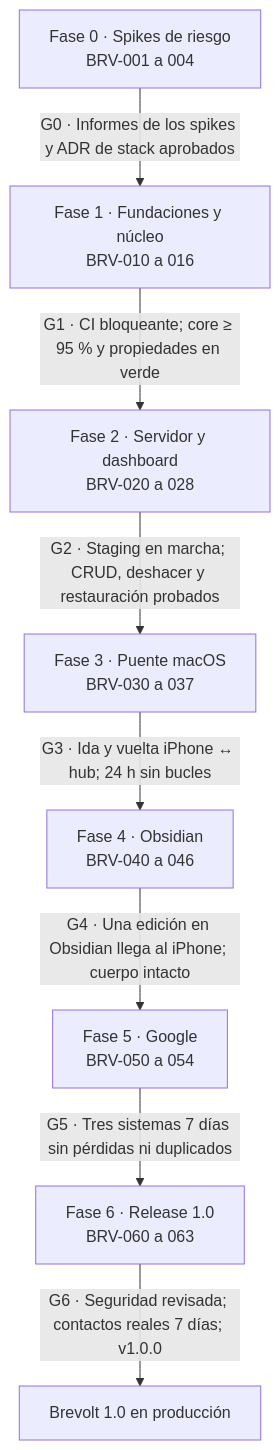
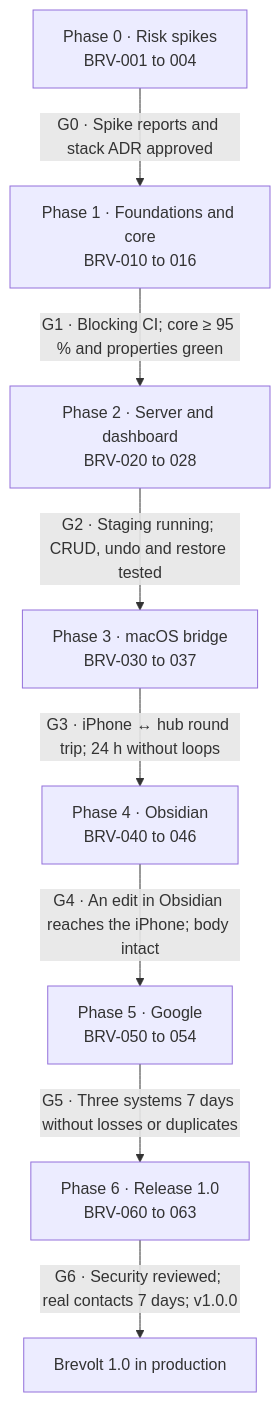
Before and after one commit to brevolt/brevolt: the diagram in docs/backlog.md, drawn with Mermaid. The commit also changed other lines of this file and 2 other files, not shown here.

````diff
--- a/docs/backlog.md
+++ b/docs/backlog.md
@@ -23,11 +23,11 @@
 ```mermaid
 flowchart TD
-    F0["Fase 0 · Spikes de riesgo<br/>BRV-001 a 004"] -->|"G0 · Informes de los spikes y ADR de stack aprobados"| F1
-    F1["Fase 1 · Fundaciones y núcleo<br/>BRV-010 a 016"] -->|"G1 · CI bloqueante; core ≥ 95 % y propiedades en verde"| F2
-    F2["Fase 2 · Servidor y dashboard<br/>BRV-020 a 028"] -->|"G2 · Staging en marcha; CRUD, deshacer y restauración probados"| F3
-    F3["Fase 3 · Puente macOS<br/>BRV-030 a 037"] -->|"G3 · Ida y vuelta iPhone ↔ hub; 24 h sin bucles"| F4
-    F4["Fase 4 · Obsidian<br/>BRV-040 a 046"] -->|"G4 · Una edición en Obsidian llega al iPhone; cuerpo intacto"| F5
-    F5["Fase 5 · Google<br/>BRV-050 a 054"] -->|"G5 · Tres sistemas 7 días sin pérdidas ni duplicados"| F6
-    F6["Fase 6 · Release 1.0<br/>BRV-060 a 063"] -->|"G6 · Seguridad revisada; contactos reales 7 días; v1.0.0"| DONE
-    DONE["Brevolt 1.0 en producción"]
+    F0["Phase 0 · Risk spikes<br/>BRV-001 to 004"] -->|"G0 · Spike reports and stack ADR approved"| F1
+    F1["Phase 1 · Foundations and core<br/>BRV-010 to 016"] -->|"G1 · Blocking CI; core ≥ 95 % and properties green"| F2
+    F2["Phase 2 · Server and dashboard<br/>BRV-020 to 028"] -->|"G2 · Staging running; CRUD, undo and restore tested"| F3
+    F3["Phase 3 · macOS bridge<br/>BRV-030 to 037"] -->|"G3 · iPhone ↔ hub round trip; 24 h without loops"| F4
+    F4["Phase 4 · Obsidian<br/>BRV-040 to 046"] -->|"G4 · An edit in Obsidian reaches the iPhone; body intact"| F5
+    F5["Phase 5 · Google<br/>BRV-050 to 054"] -->|"G5 · Three systems 7 days without losses or duplicates"| F6
+    F6["Phase 6 · Release 1.0<br/>BRV-060 to 063"] -->|"G6 · Security reviewed; real contacts 7 days; v1.0.0"| DONE
+    DONE["Brevolt 1.0 in production"]
 ```
````
